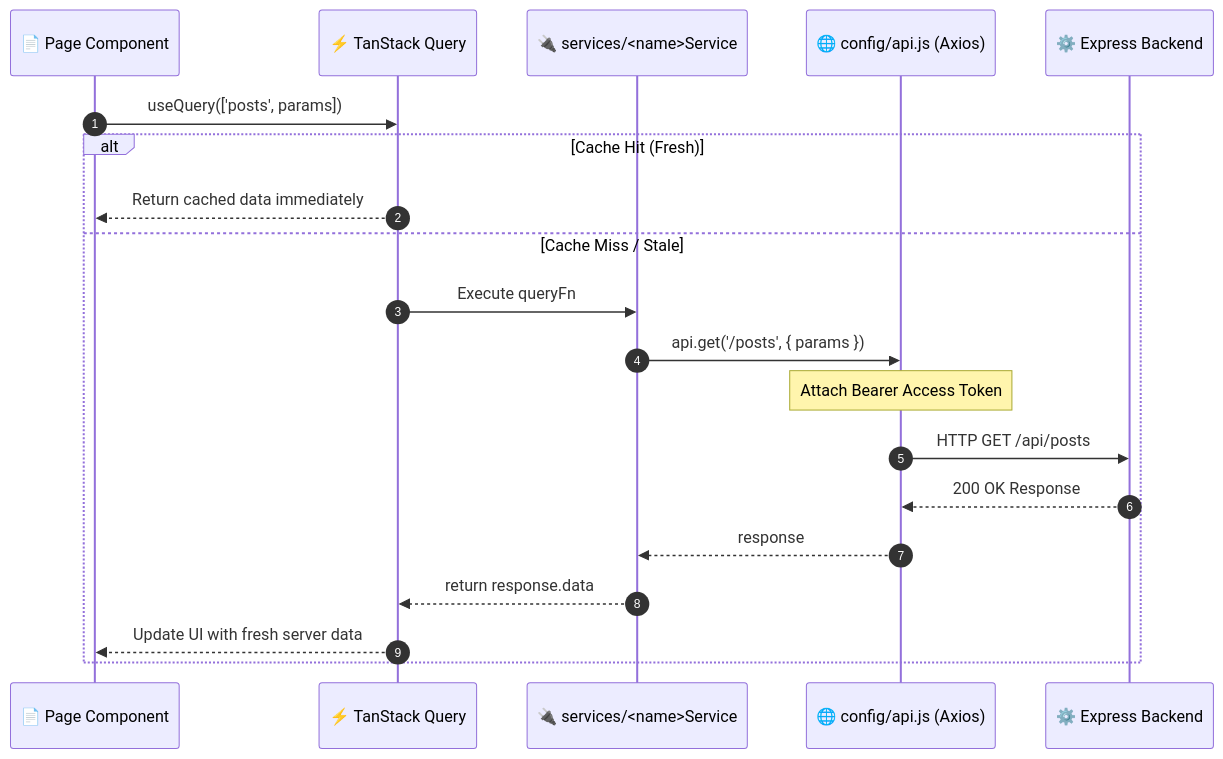
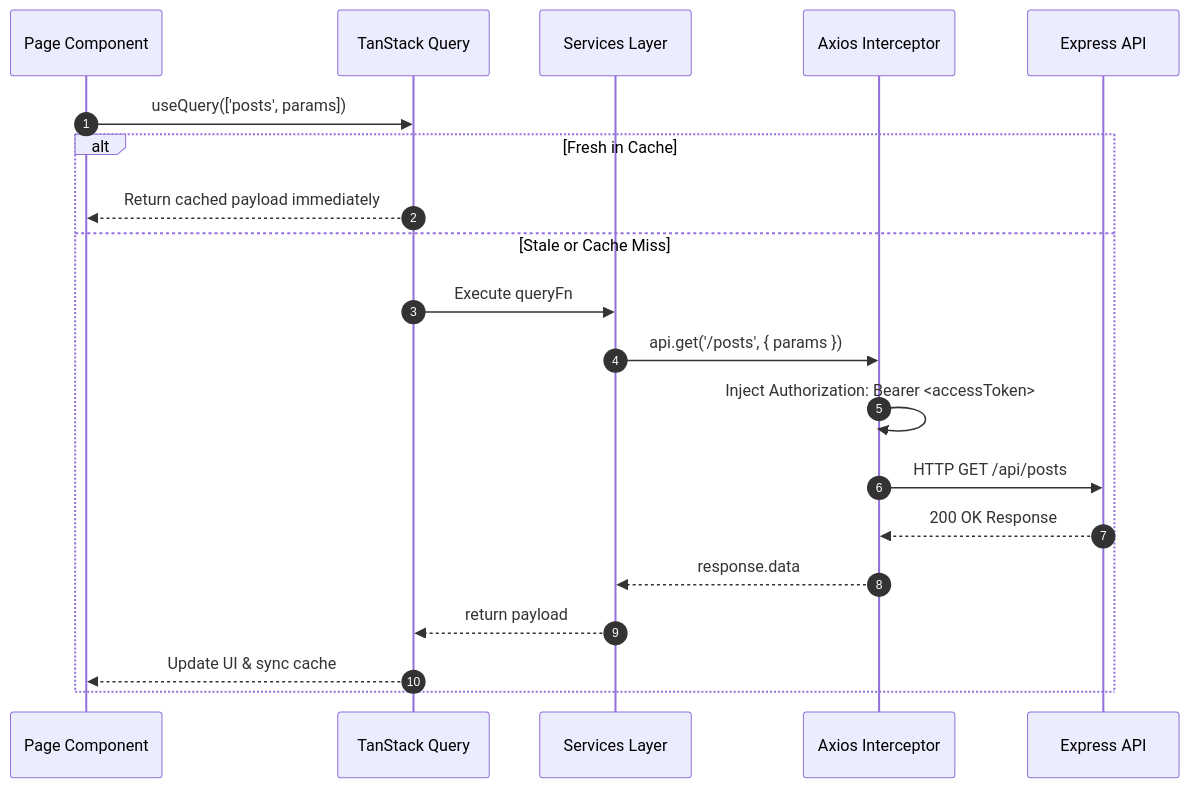
Before and after one commit to Purvesh-PJ/bloghub: the third of 3 diagrams in docs/frontend.md, drawn with Mermaid. The commit also changed other lines of this file and 3 other files, not shown here.

Commit message:
docs: standardize database, backend, frontend, and api documentation with maintenance guides and structured sections

````diff
--- a/docs/frontend.md
+++ b/docs/frontend.md
@@ -154,23 +117,23 @@
 ```mermaid
 sequenceDiagram
     autonumber
-    participant Page as 📄 Page Component
-    participant Query as ⚡ TanStack Query
-    participant Svc as 🔌 services/<name>Service
-    participant Axios as 🌐 config/api.js (Axios)
-    participant API as ⚙️ Express Backend
+    participant Page as Page Component
+    participant Query as TanStack Query
+    participant Svc as Services Layer
+    participant Axios as Axios Interceptor
+    participant API as Express API
 
     Page->>Query: useQuery(['posts', params])
-    alt Cache Hit (Fresh)
-        Query-->>Page: Return cached data immediately
-    else Cache Miss / Stale
+    alt Fresh in Cache
+        Query-->>Page: Return cached payload immediately
+    else Stale or Cache Miss
         Query->>Svc: Execute queryFn
         Svc->>Axios: api.get('/posts', { params })
-        Note over Axios: Attach Bearer Access Token
+        Axios->>Axios: Inject Authorization: Bearer <accessToken>
         Axios->>API: HTTP GET /api/posts
         API-->>Axios: 200 OK Response
-        Axios-->>Svc: response
-        Svc-->>Query: return response.data
-        Query-->>Page: Update UI with fresh server data
+        Axios-->>Svc: response.data
+        Svc-->>Query: return payload
+        Query-->>Page: Update UI & sync cache
     end
 ```
````
